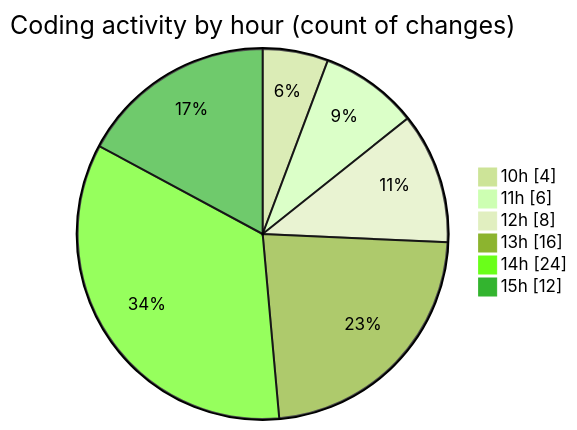
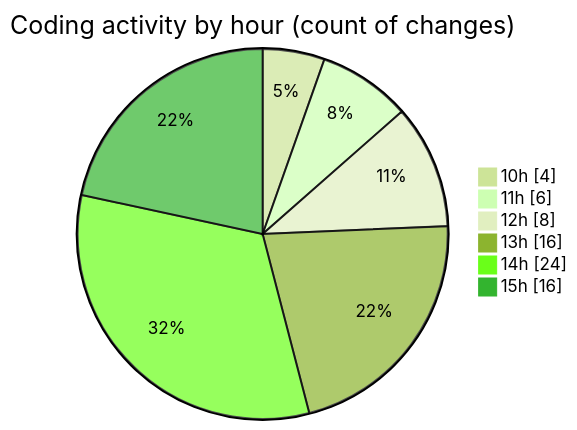
Before and after one commit to LanceThiago/code-tracking: the second of 2 diagrams in 2025-10-03/totem2/README.md, drawn with Mermaid (forest theme). The commit also changed other lines of this file and 1 other file, not shown here.

````diff
--- a/2025-10-03/totem2/README.md
+++ b/2025-10-03/totem2/README.md
@@ -31,10 +31,10 @@
 ```mermaid
 pie showData
 title Coding activity by hour (count of changes)
 "10h" : 4
 "11h" : 6
 "12h" : 8
 "13h" : 16
 "14h" : 24
-"15h" : 12
+"15h" : 16
 ```
````
